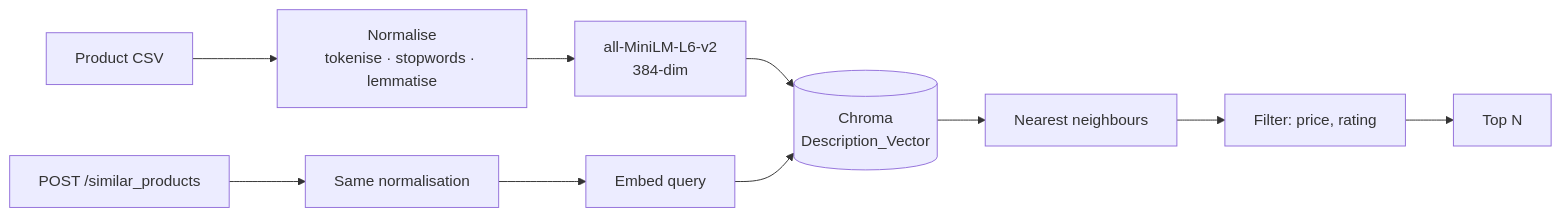
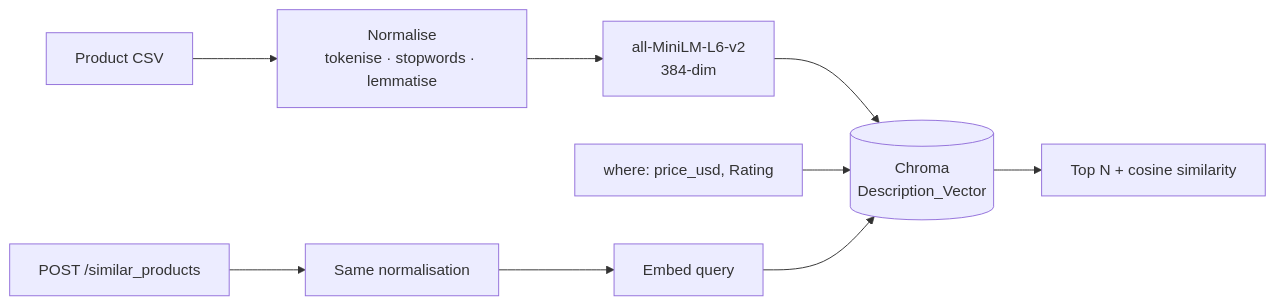
Before and after one commit to MohanVishe/product-similarity-api: the diagram in README.md, drawn with Mermaid. The commit also changed other lines of this file and 4 other files, not shown here.

````diff
--- a/README.md
+++ b/README.md
@@ -20,13 +20,12 @@
 ```mermaid
 flowchart LR
     A["Product CSV"] --> B["Normalise<br/>tokenise · stopwords · lemmatise"]
     B --> C["all-MiniLM-L6-v2<br/>384-dim"]
     C --> D[("Chroma<br/>Description_Vector")]
 
     E["POST /similar_products"] --> F["Same normalisation"]
     F --> G["Embed query"]
+    K["where: price_usd, Rating"] --> D
     G --> D
-    D --> H["Nearest neighbours"]
-    H --> I["Filter: price, rating"]
-    I --> J["Top N"]
+    D --> J["Top N + cosine similarity"]
 ```
````
